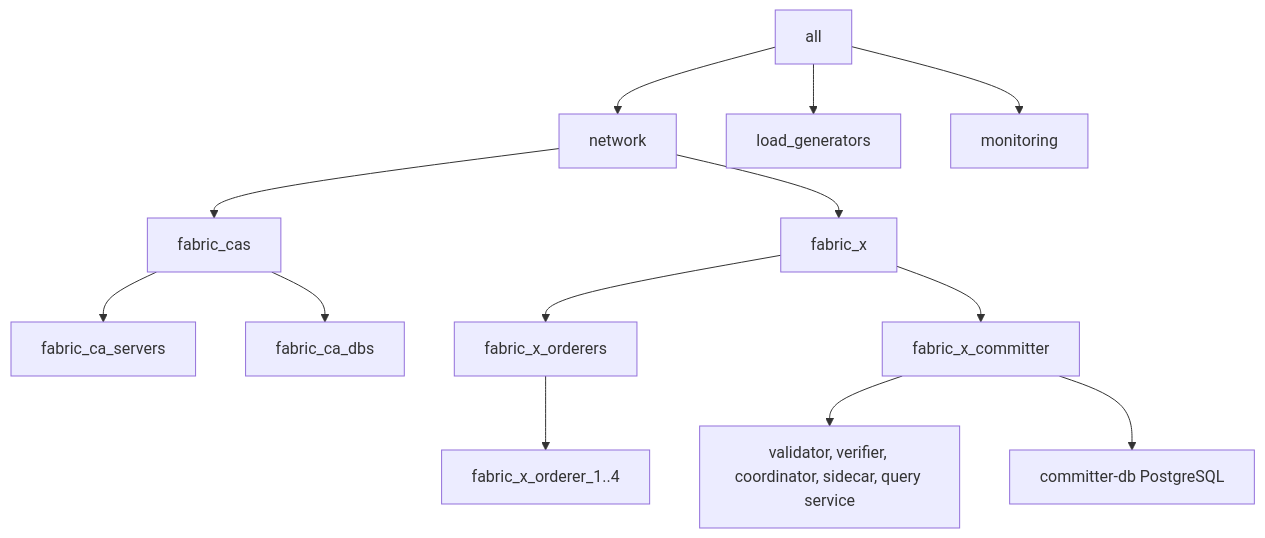
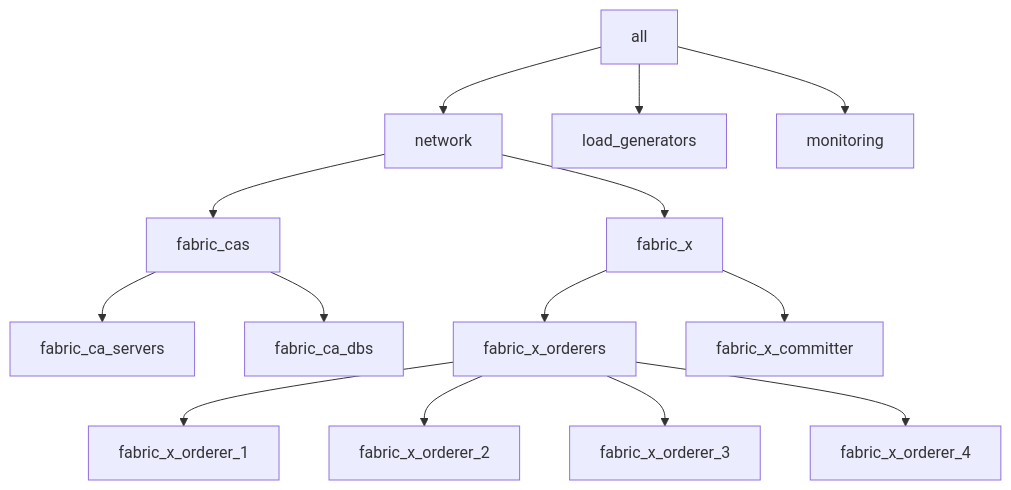
Before and after one commit to LF-Decentralized-Trust-labs/fabric-x-ansible-collection: the diagram in examples/inventory/docs/k8s/fabric-x.md, drawn with Mermaid. The commit also changed 47 other files, not shown here.

````diff
--- a/examples/inventory/docs/k8s/fabric-x.md
+++ b/examples/inventory/docs/k8s/fabric-x.md
@@ -30,15 +30,16 @@
 ```mermaid
 flowchart TD
   all --> network
   network --> fabric_cas
   network --> fabric_x
   all --> load_generators
   all --> monitoring
   fabric_cas --> fabric_ca_servers
   fabric_cas --> fabric_ca_dbs
   fabric_x --> fabric_x_orderers
   fabric_x --> fabric_x_committer
-  fabric_x_orderers --> orderer_groups["fabric_x_orderer_1..4"]
-  fabric_x_committer --> committer_services["validator, verifier, coordinator, sidecar, query service"]
-  fabric_x_committer --> committer_db["committer-db PostgreSQL"]
+  fabric_x_orderers --> fabric_x_orderer_1
+  fabric_x_orderers --> fabric_x_orderer_2
+  fabric_x_orderers --> fabric_x_orderer_3
+  fabric_x_orderers --> fabric_x_orderer_4
 ```
````
